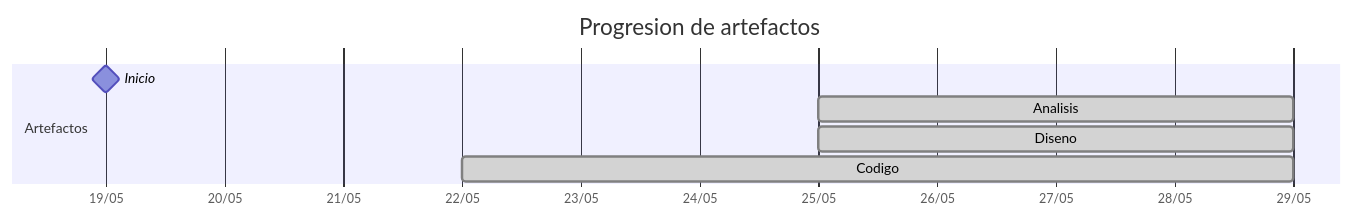
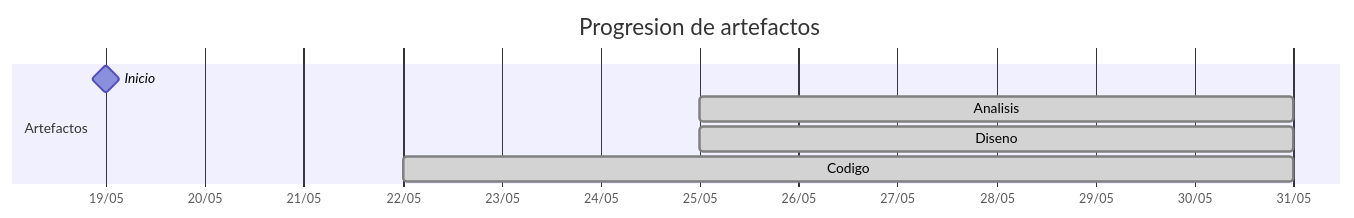
Before and after one commit to carlos-alvarado-25/25-26-idsw2-sdVC: the diagram in TIMELINES/jerdier.md, drawn with Mermaid. The commit also changed other lines of this file and 10 other files, not shown here.

````diff
--- a/TIMELINES/jerdier.md
+++ b/TIMELINES/jerdier.md
@@ -20,11 +20,11 @@
 ```mermaid
 gantt
     title Progresion de artefactos
     dateFormat YYYY-MM-DD
     axisFormat %d/%m
     section Artefactos
         Inicio       :milestone, 2026-05-19, 0d
-        Analisis     :done, 2026-05-25, 2026-05-29
-        Diseno       :done, 2026-05-25, 2026-05-29
-        Codigo       :done, 2026-05-22, 2026-05-29
+        Analisis     :done, 2026-05-25, 2026-05-31
+        Diseno       :done, 2026-05-25, 2026-05-31
+        Codigo       :done, 2026-05-22, 2026-05-31
 ```
````
